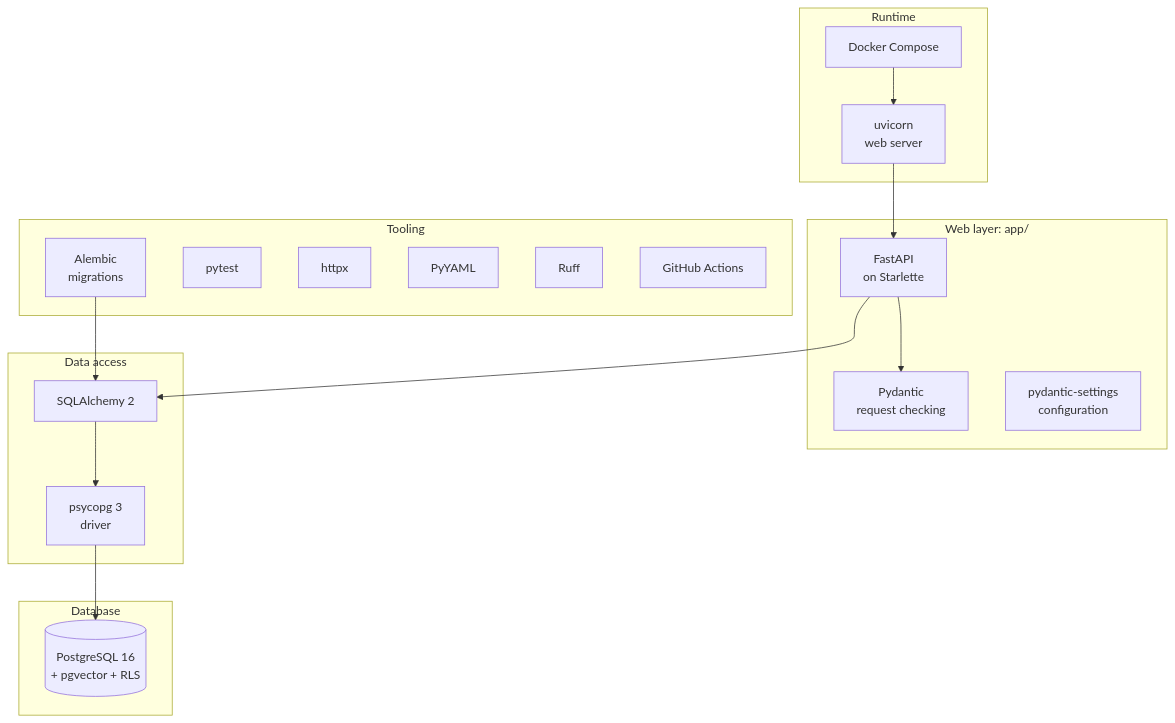
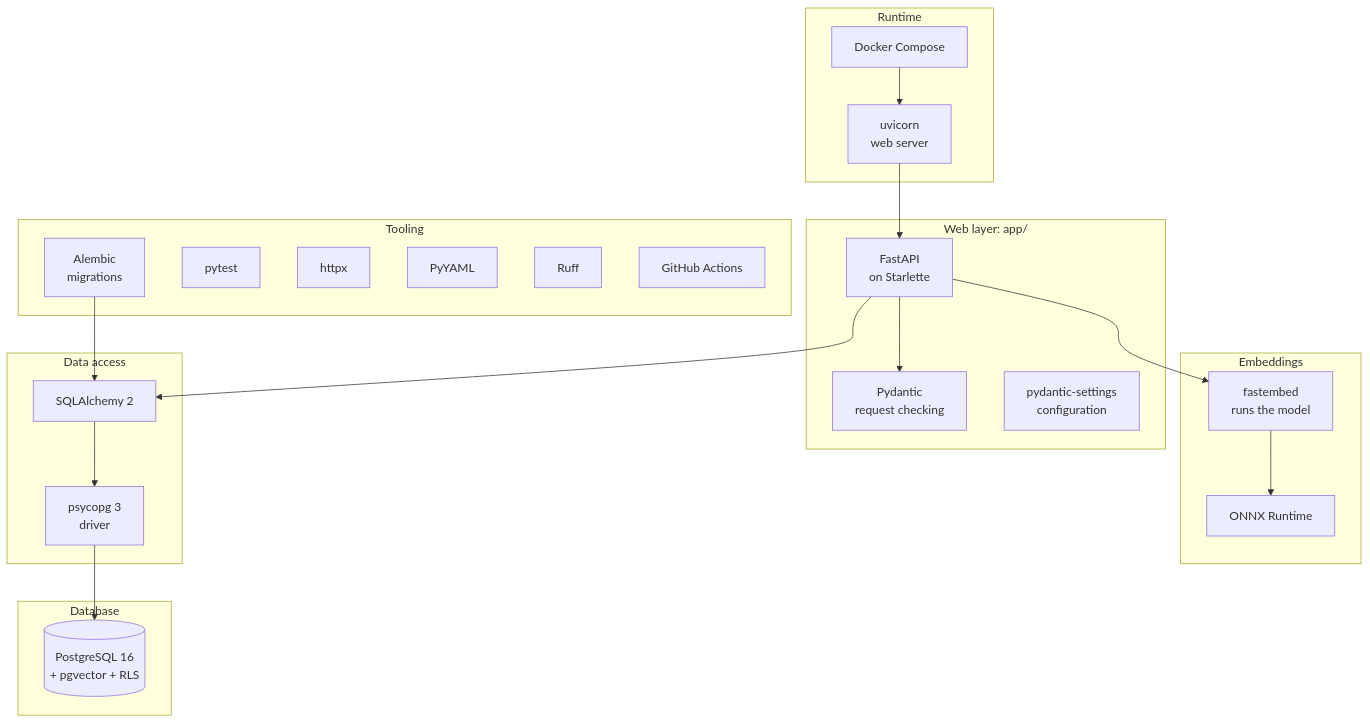
One commit to ZiadHendawy/mutable changed the seventh of 23 diagrams in docs/design.md. Above: the diagram before and after it, drawn with Mermaid. The commit also changed other lines of this file and 6 other files, not shown here.

````diff
--- a/docs/design.md
+++ b/docs/design.md
@@ -517,29 +520,33 @@
 ```mermaid
 flowchart TB
     subgraph run["Runtime"]
         compose["Docker Compose"] --> uvicorn["uvicorn<br/>web server"]
     end
     subgraph web["Web layer: app/"]
         fastapi["FastAPI<br/>on Starlette"] --> pydantic["Pydantic<br/>request checking"]
         settings["pydantic-settings<br/>configuration"]
+    end
+    subgraph embed["Embeddings"]
+        fastembed["fastembed<br/>runs the model"] --> onnx["ONNX Runtime"]
     end
     subgraph data["Data access"]
         sqlalchemy["SQLAlchemy 2"] --> psycopg["psycopg 3<br/>driver"]
     end
     subgraph db["Database"]
         postgres[("PostgreSQL 16<br/>+ pgvector + RLS")]
     end
     subgraph tools["Tooling"]
         alembic["Alembic<br/>migrations"]
         pytest["pytest"]
         httpx["httpx"]
         yaml["PyYAML"]
         ruff["Ruff"]
         gha["GitHub Actions"]
     end
 
     uvicorn --> fastapi
     fastapi --> sqlalchemy
+    fastapi --> fastembed
     psycopg --> postgres
     alembic --> sqlalchemy
 ```
````
